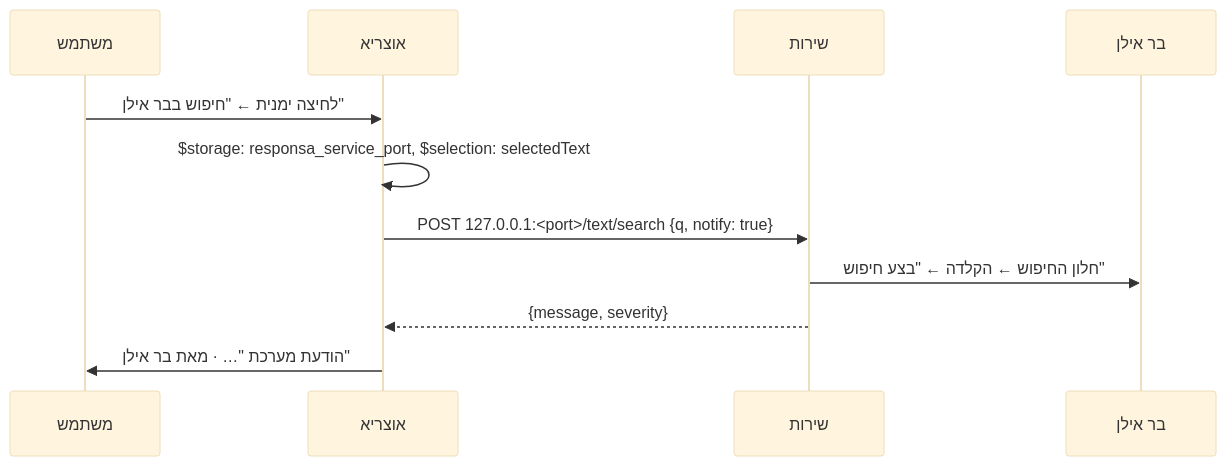
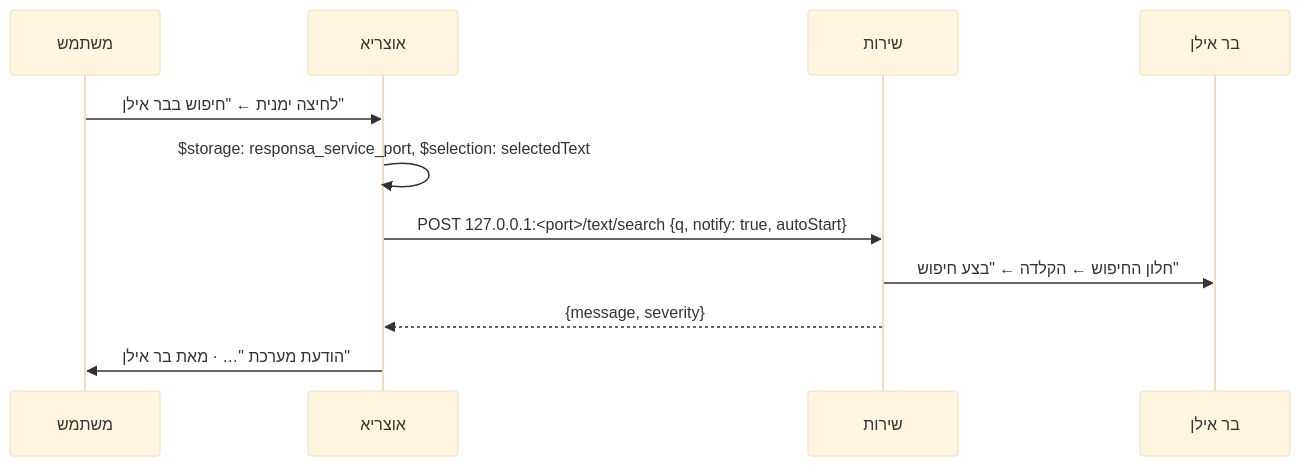
One commit to mmichaelush/otzaria-responsa-plugin changed the third of 3 diagrams in docs/ARCHITECTURE.md. Above: the diagram before and after it, drawn with Mermaid (base theme). The commit also changed other lines of this file and 28 other files, not shown here.

````diff
--- a/docs/ARCHITECTURE.md
+++ b/docs/ARCHITECTURE.md
@@ -254,13 +279,13 @@
 ```mermaid
 sequenceDiagram
   participant U as משתמש
   participant O as אוצריא
   participant H as שירות
   participant R as בר אילן
   U->>O: לחיצה ימנית ← "חיפוש בבר אילן"
   O->>O: $storage: responsa_service_port, $selection: selectedText
-  O->>H: POST 127.0.0.1:<port>/text/search {q, notify: true}
+  O->>H: POST 127.0.0.1:<port>/text/search {q, notify: true, autoStart}
   H->>R: חלון החיפוש ← הקלדה ← "בצע חיפוש"
   H-->>O: {message, severity}
   O->>U: הודעת מערכת "… · מאת בר אילן"
 ```
````
